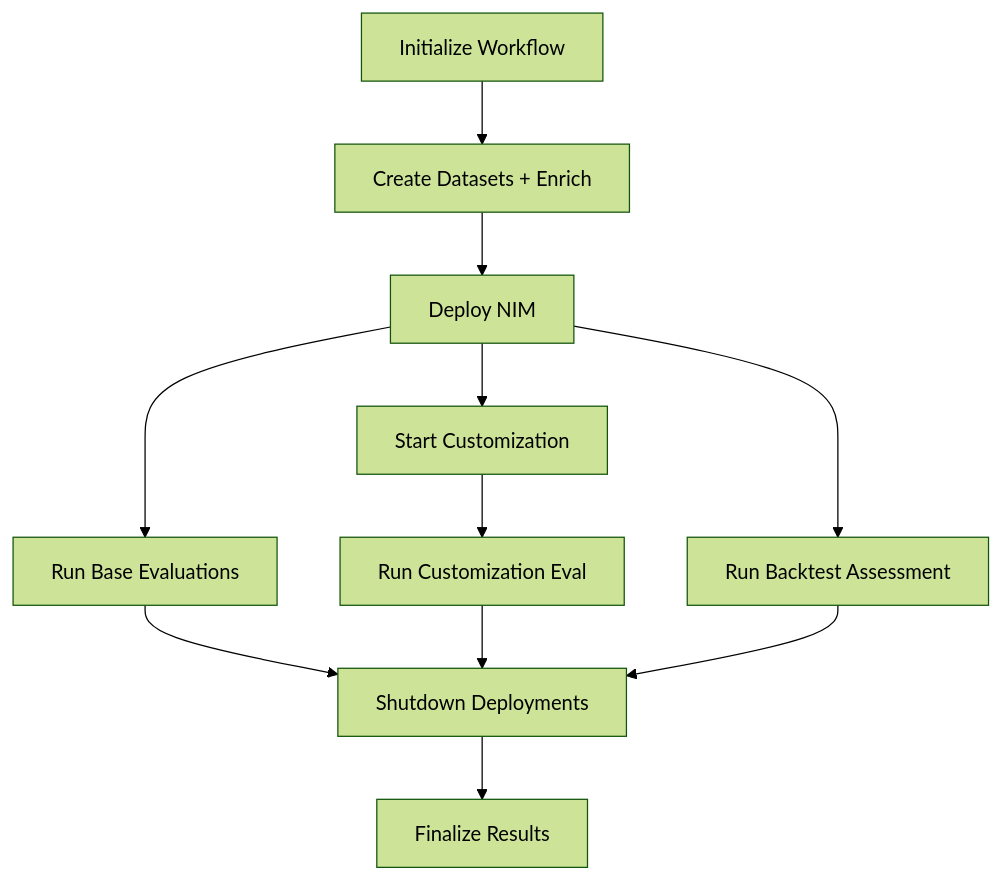
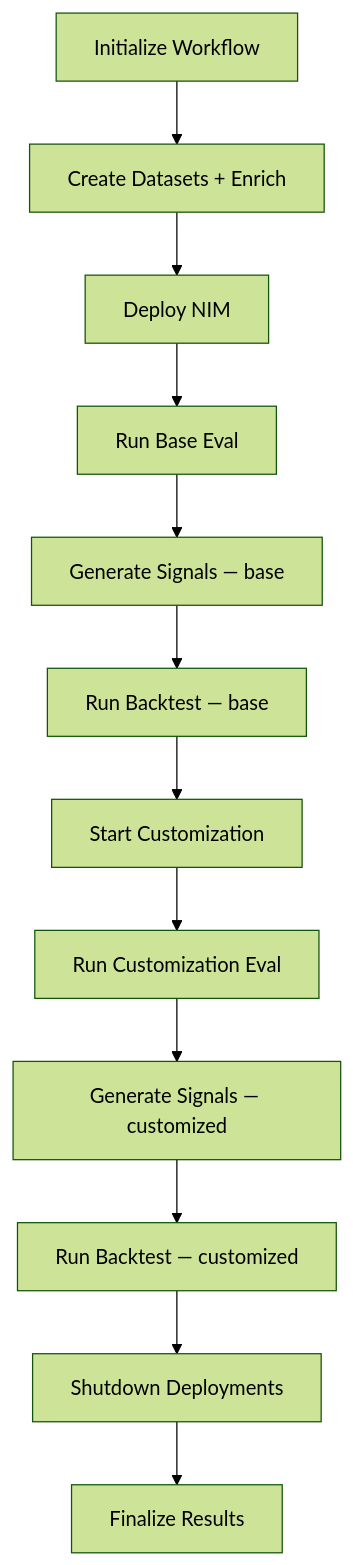
One commit to KxSystems/nvidia-kx-samples changed the first of 3 diagrams in ai-model-distillation-for-financial-data/docs/08-workflow-orchestration.md. Above: the diagram before and after it, drawn with Mermaid (forest theme). The commit also changed other lines of this file and 9 other files, not shown here.

````diff
--- a/ai-model-distillation-for-financial-data/docs/08-workflow-orchestration.md
+++ b/ai-model-distillation-for-financial-data/docs/08-workflow-orchestration.md
@@ -11,11 +11,14 @@
 ```mermaid
 graph TD
     A[Initialize Workflow] --> B[Create Datasets + Enrich]
     B --> C[Deploy NIM]
-    C --> D[Run Base Evaluations]
-    C --> E[Start Customization]
-    C --> F2[Run Backtest Assessment]
+    C --> D[Run Base Eval]
+    D --> D2[Generate Signals — base]
+    D2 --> D3[Run Backtest — base]
+    D3 --> E[Start Customization]
     E --> F[Run Customization Eval]
-    D & F & F2 --> G[Shutdown Deployments]
+    F --> F2[Generate Signals — customized]
+    F2 --> F3[Run Backtest — customized]
+    F3 --> G[Shutdown Deployments]
     G --> H[Finalize Results]
 ```
````
